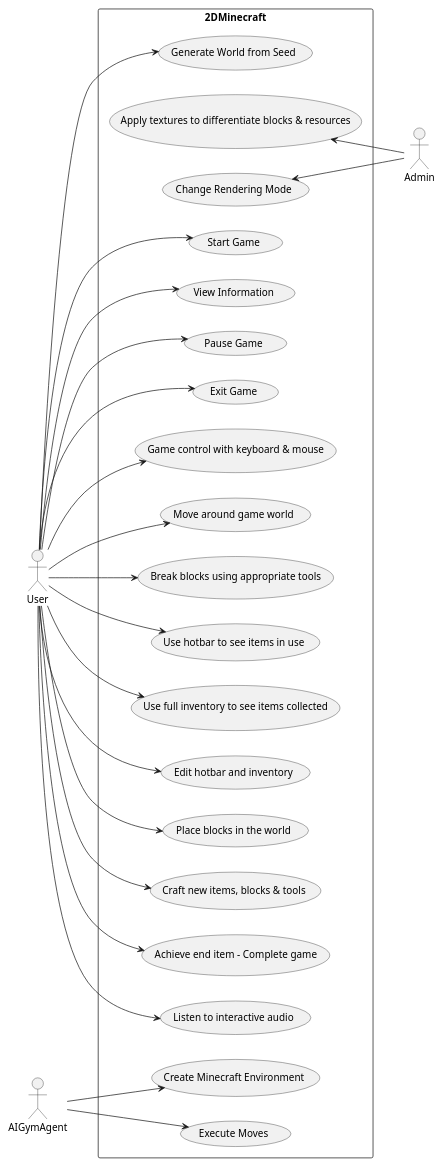
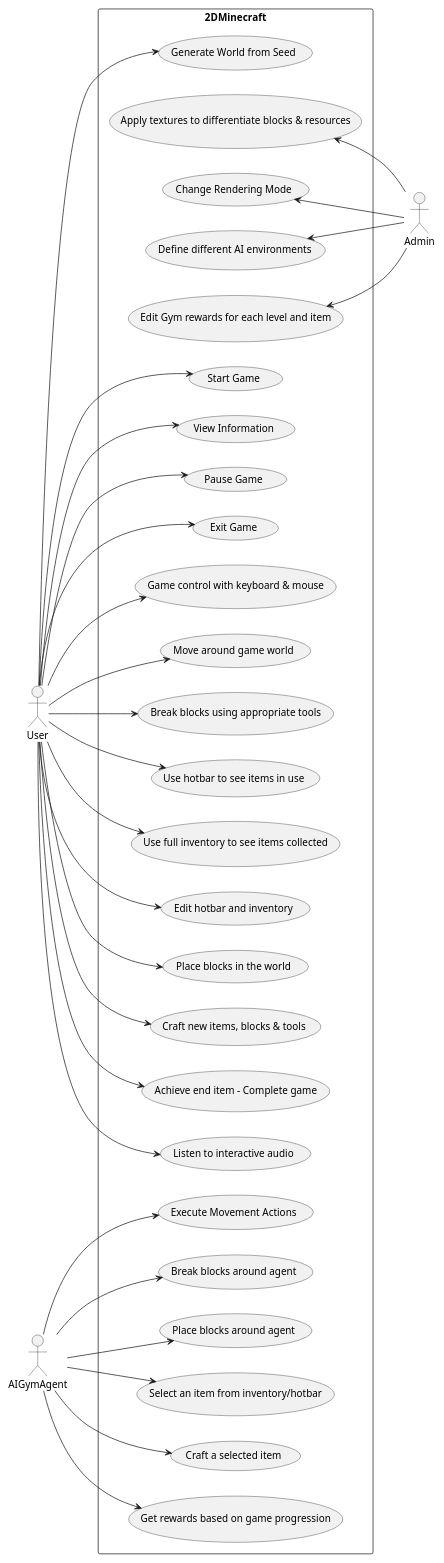
Before and after one commit to 2333263/ScrumDogMillionaires: the diagram in Diagrams/sem2use_case.puml, drawn with PlantUML. The commit also changed 2 other files, not shown here.

```diff
--- a/Diagrams/sem2use_case.puml
+++ b/Diagrams/sem2use_case.puml
@@ -1,35 +1,43 @@
 @startuml uc
 skinparam Dpi 80
 skinparam Shadowing false
 skinparam Monochrome true
 
 left to right direction
 skinparam packageStyle rectangle
 actor User
 actor AIGymAgent
 actor Admin
 
 rectangle 2DMinecraft {
   User --> (Generate World from Seed)
+
   (Apply textures to differentiate blocks & resources) <-- Admin
   (Change Rendering Mode) <-- Admin
+  (Define different AI environments) <-- Admin
+  (Edit Gym rewards for each level and item) <-- Admin
+
   User --> (Start Game)
   User --> (View Information) 
   User --> (Pause Game)
   User --> (Exit Game)
   User --> (Game control with keyboard & mouse) 
   User --> (Move around game world)
   User --> (Break blocks using appropriate tools)
   User --> (Use hotbar to see items in use)
   User --> (Use full inventory to see items collected)
   User --> (Edit hotbar and inventory)
   User --> (Place blocks in the world) 
   User --> (Craft new items, blocks & tools) 
   User --> (Achieve end item - Complete game)
   User --> (Listen to interactive audio)
   
-  AIGymAgent --> (Create Minecraft Environment)
-  AIGymAgent --> (Execute Moves)
+  AIGymAgent --> (Execute Movement Actions)
+  AIGymAgent --> (Break blocks around agent)
+  AIGymAgent --> (Place blocks around agent)
+  AIGymAgent --> (Select an item from inventory/hotbar)
+  AIGymAgent --> (Craft a selected item)
+  AIGymAgent --> (Get rewards based on game progression)
   
 }
 @enduml
```
